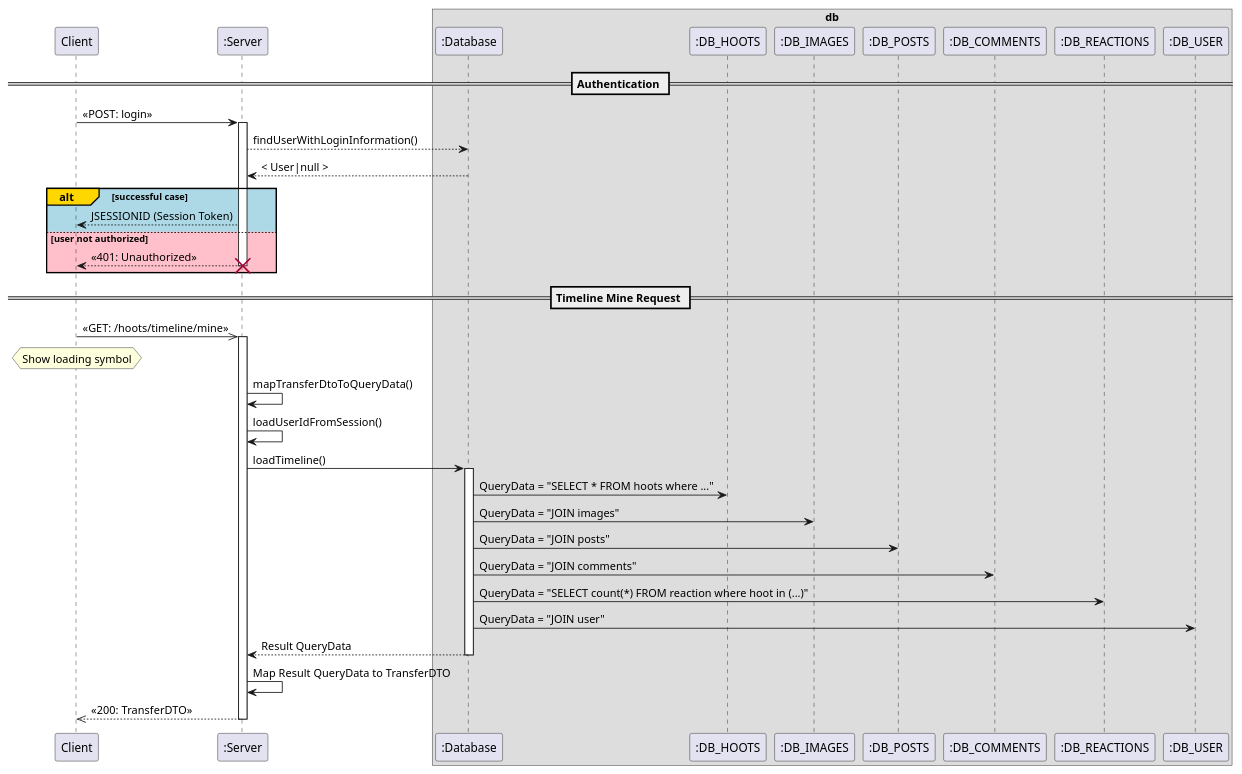
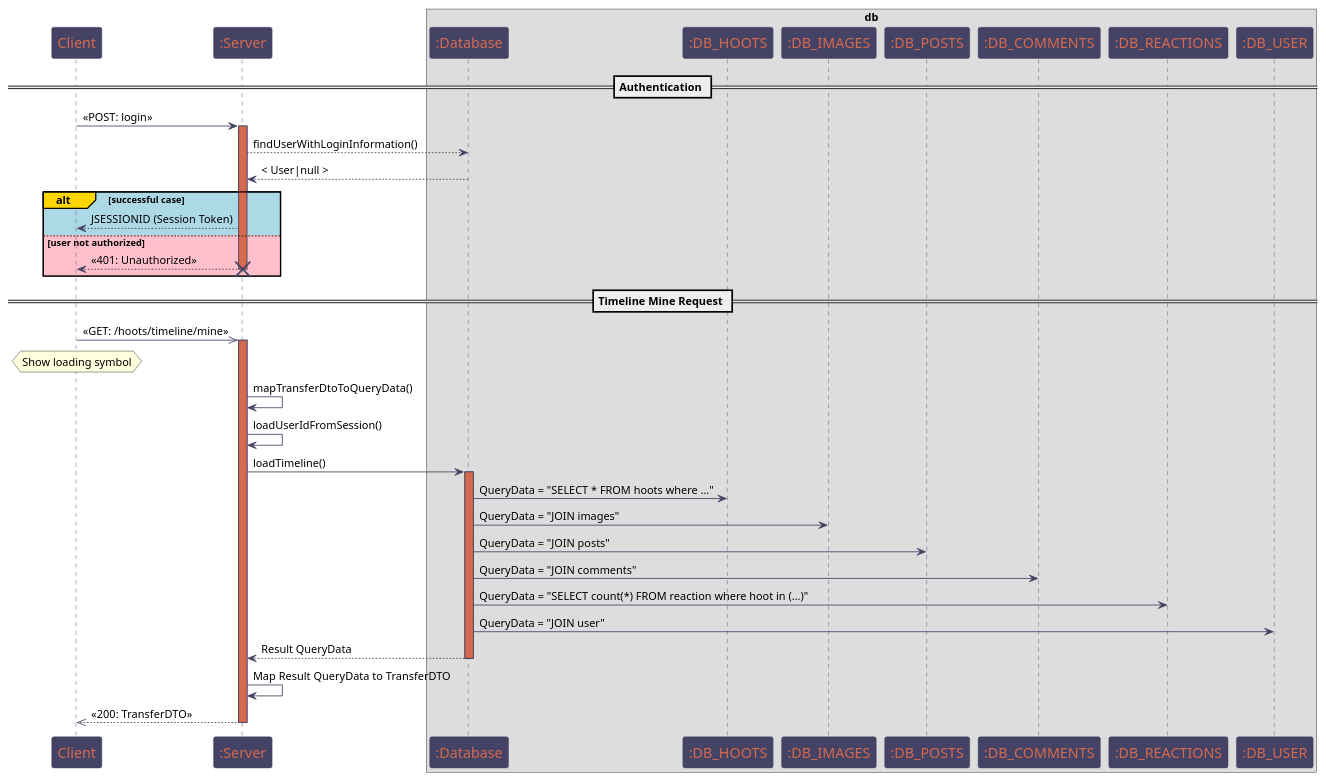
Before and after one commit to ulftietze/hoot: the diagram in docs/diagrams/TimelineMineApiRequestFlow.puml, drawn with PlantUML. The commit also changed 4 other files, not shown here.

Commit message:
Update some diagrams

```diff
--- a/docs/diagrams/TimelineMineApiRequestFlow.puml
+++ b/docs/diagrams/TimelineMineApiRequestFlow.puml
@@ -1,50 +1,82 @@
 @startuml
 'https://plantuml.com/sequence-diagram
+
+skinparam sequence {
+    ArrowColor #444365
+    ActorBorderColor #444365
+    LifeLineBorderColor #444365
+    LifeLineBackgroundColor #d56a4e
+
+    ParticipantBackgroundColor #444365
+    ParticipantFontName Impact
+    ParticipantFontSize 17
+    ParticipantFontColor #d56a4e
+    ParticipantBorderColor #444365
+    ParticipantBackgroundColor #444365
+    ParticipantFontName Impact
+    ParticipantFontSize 17
+    ParticipantFontColor #d56a4e
+
+    ActorBackgroundColor aqua
+    ActorFontColor DeepSkyBlue
+    ActorFontSize 17
+    ActorFontName Aapex
+}
+
+skinparam collections {
+    BackgroundColor #444365
+    BorderColor #444365
+}
+
+skinparam entity {
+    BackgroundColor #d56a4e
+    BorderColor #444365
+}
 
 == Authentication ==
 
 Client -> ":Server": << POST: login >>
 activate ":Server"
 
 ":Server" --> ":Database": findUserWithLoginInformation()
 ":Database" --> ":Server": < User|null >
 
 alt#Gold #LightBlue successful case
     ":Server" --> Client: JSESSIONID (Session Token)
 else #Pink user not authorized
     ":Server" --> Client: << 401: Unauthorized >>
     destroy ":Server"
 end
 
 == Timeline Mine Request ==
 
 Client ->> ":Server": << GET: /hoots/timeline/mine >>
 activate ":Server"
 hnote over Client: Show loading symbol
 ":Server" -> ":Server": mapTransferDtoToQueryData()
 ":Server" -> ":Server": loadUserIdFromSession()
 ":Server" -> ":Database": loadTimeline()
 activate ":Database"
 ":Database" -> ":DB_HOOTS": QueryData = "SELECT * FROM hoots where ..."
 ":Database" -> ":DB_IMAGES": QueryData = "JOIN images"
 ":Database" -> ":DB_POSTS": QueryData = "JOIN posts"
 ":Database" -> ":DB_COMMENTS": QueryData = "JOIN comments"
 ":Database" -> ":DB_REACTIONS": QueryData = "SELECT count(*) FROM reaction where hoot in (...)"
 ":Database" -> ":DB_USER": QueryData = "JOIN user"
 ":Database" --> ":Server": Result QueryData
 deactivate ":Database"
 ":Server" -> ":Server": Map Result QueryData to TransferDTO
 ":Server" -->> Client: << 200: TransferDTO >>
 deactivate ":Server"
 
 box db
     participant ":Database"
     participant ":DB_HOOTS"
     participant ":DB_IMAGES"
     participant ":DB_POSTS"
     participant ":DB_COMMENTS"
     participant ":DB_REACTIONS"
     participant ":DB_USER"
 end box
 
 @enduml
```
